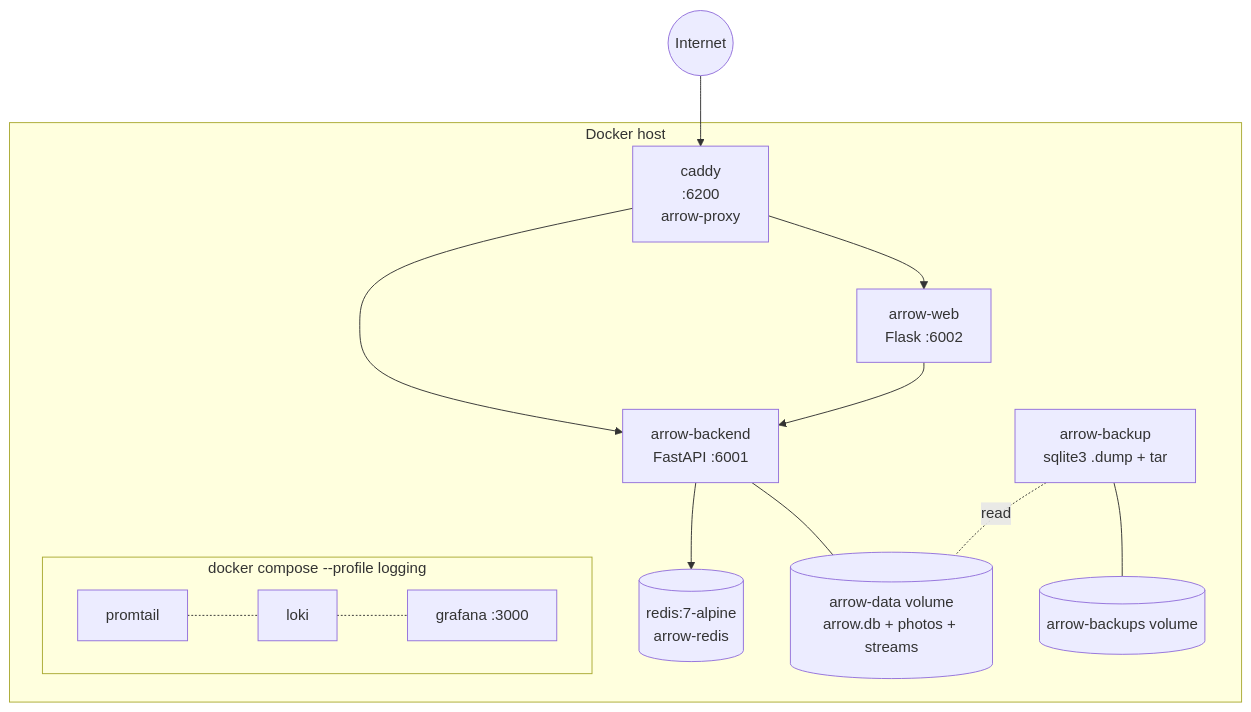
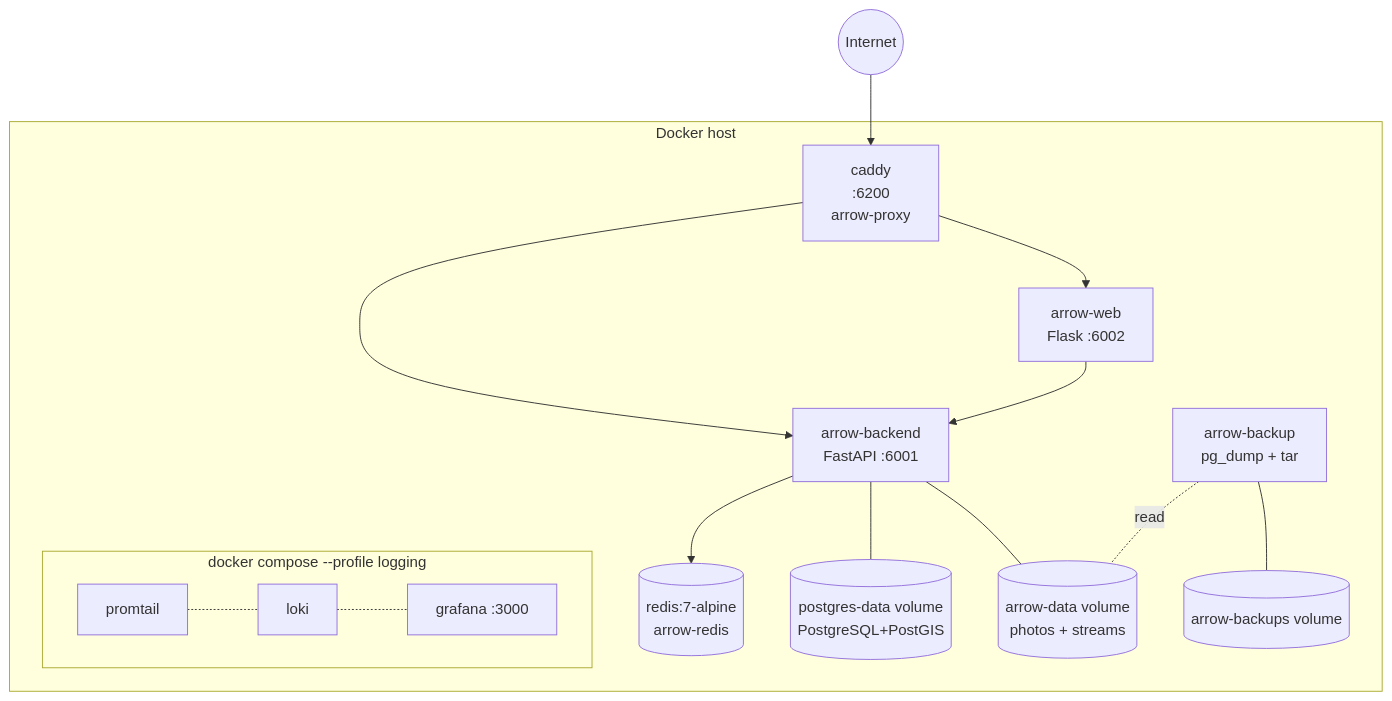
Before and after one commit to BenoitGoethals/Arrow: the ninth of 12 diagrams in ARCHITECTURE.md, drawn with Mermaid. The commit also changed other lines of this file and 184 other files, not shown here.

````diff
--- a/ARCHITECTURE.md
+++ b/ARCHITECTURE.md
@@ -362,26 +362,27 @@
 ```mermaid
 flowchart TB
   subgraph host["Docker host"]
     proxy[caddy<br/>:6200<br/>arrow-proxy]
     web[arrow-web<br/>Flask :6002]
     api[arrow-backend<br/>FastAPI :6001]
     redis[(redis:7-alpine<br/>arrow-redis)]
-    backup[arrow-backup<br/>sqlite3 .dump + tar]
+    backup[arrow-backup<br/>pg_dump + tar]
     subgraph optional["docker compose --profile logging"]
       loki[loki]
       promtail[promtail]
       grafana[grafana :3000]
     end
 
     proxy --> web
     proxy --> api
     web   --> api
     api   --> redis
-    api   --- arrow_data[("arrow-data volume<br/>arrow.db + photos + streams")]
+    api   --- pg[("postgres-data volume<br/>PostgreSQL+PostGIS")]
+    api   --- arrow_data[("arrow-data volume<br/>photos + streams")]
     backup -. read .- arrow_data
     backup --- arrow_backups[("arrow-backups volume")]
     promtail -.- loki -.- grafana
   end
 
   internet((Internet)) --> proxy
 ```
````
